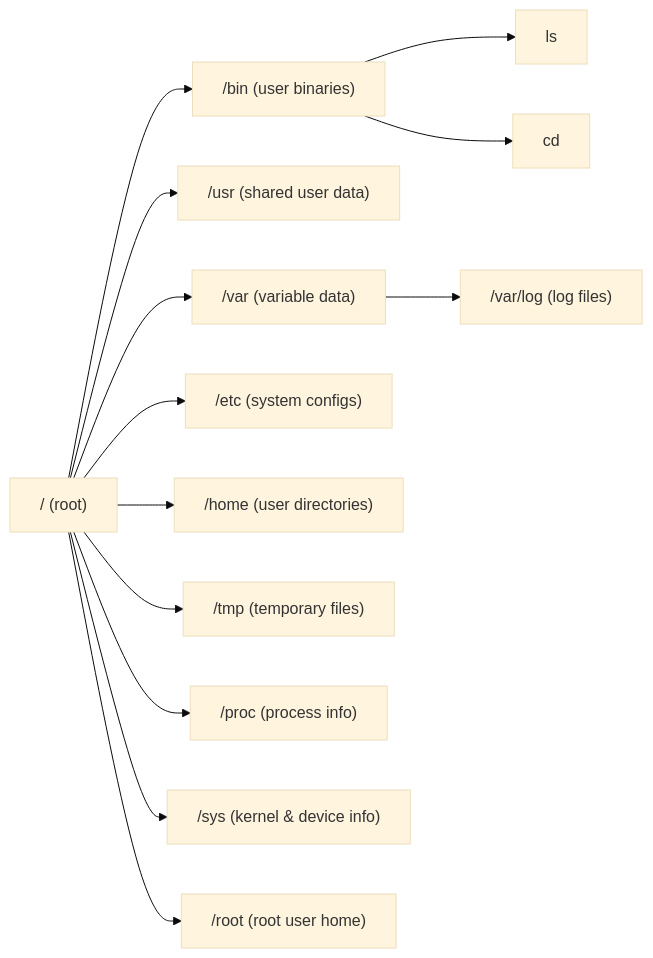
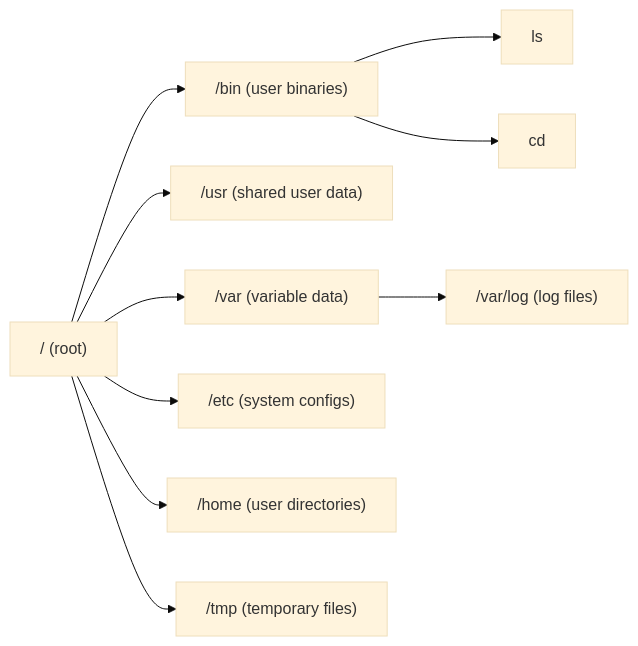
The diagram in labs/1.1-file-navigation.md (blanco-pipelines/plat-eng), drawn with Mermaid (base theme) before and after one commit.

````diff
--- a/labs/1.1-file-navigation.md
+++ b/labs/1.1-file-navigation.md
@@ -135,25 +135,22 @@
    ```mermaid
    graph LR
        ROOT["/ (root)"]
        ROOT --> BIN["/bin (user binaries)"]
        ROOT --> USR["/usr (shared user data)"]
        ROOT --> VAR["/var (variable data)"]
        ROOT --> ETC["/etc (system configs)"]
        ROOT --> HOME["/home (user directories)"]
        ROOT --> TMP["/tmp (temporary files)"]
-       ROOT --> PROC["/proc (process info)"]
-       ROOT --> SYS["/sys (kernel & device info)"]
-       ROOT --> ROOTUSR["/root (root user home)"]
    
        VAR --> LOG["/var/log (log files)"]
    
        BIN --> LS["ls"]
        BIN --> CD["cd"]
    
 
    
 
        
 
 
    ```
````
